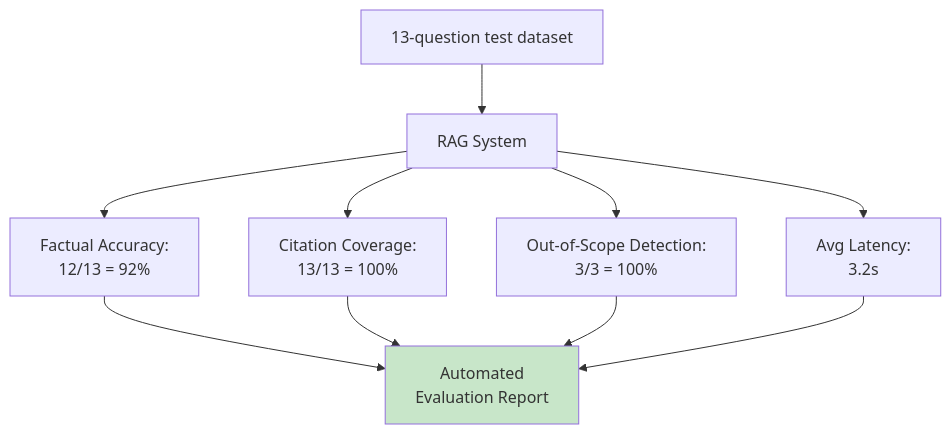
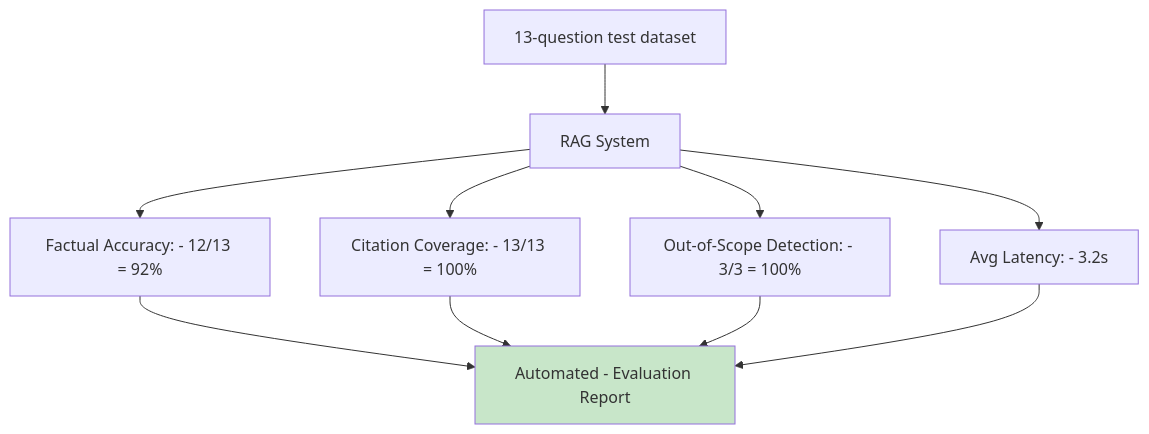
One commit to indhra/llm_rag_sec_findings changed the eighth of 8 diagrams in docs/learning/07-evaluation-metrics.md. Above: the diagram before and after it, drawn with Mermaid. The commit also changed other lines of this file and 9 other files, not shown here.

````diff
--- a/docs/learning/07-evaluation-metrics.md
+++ b/docs/learning/07-evaluation-metrics.md
@@ -506,15 +506,15 @@
 ```mermaid
 graph TB
     T[13-question test dataset] --> S[RAG System]
-    S --> M1[Factual Accuracy:<br/>12/13 = 92%]
-    S --> M2[Citation Coverage:<br/>13/13 = 100%]
-    S --> M3[Out-of-Scope Detection:<br/>3/3 = 100%]
-    S --> M4[Avg Latency:<br/>3.2s]
+    S --> M1[Factual Accuracy: - 12/13 = 92%]
+    S --> M2[Citation Coverage: - 13/13 = 100%]
+    S --> M3[Out-of-Scope Detection: - 3/3 = 100%]
+    S --> M4[Avg Latency: - 3.2s]
     
-    M1 --> R[Automated<br/>Evaluation Report]
+    M1 --> R[Automated - Evaluation Report]
     M2 --> R
     M3 --> R
     M4 --> R
     
     style R fill:#c8e6c9
 ```
````
